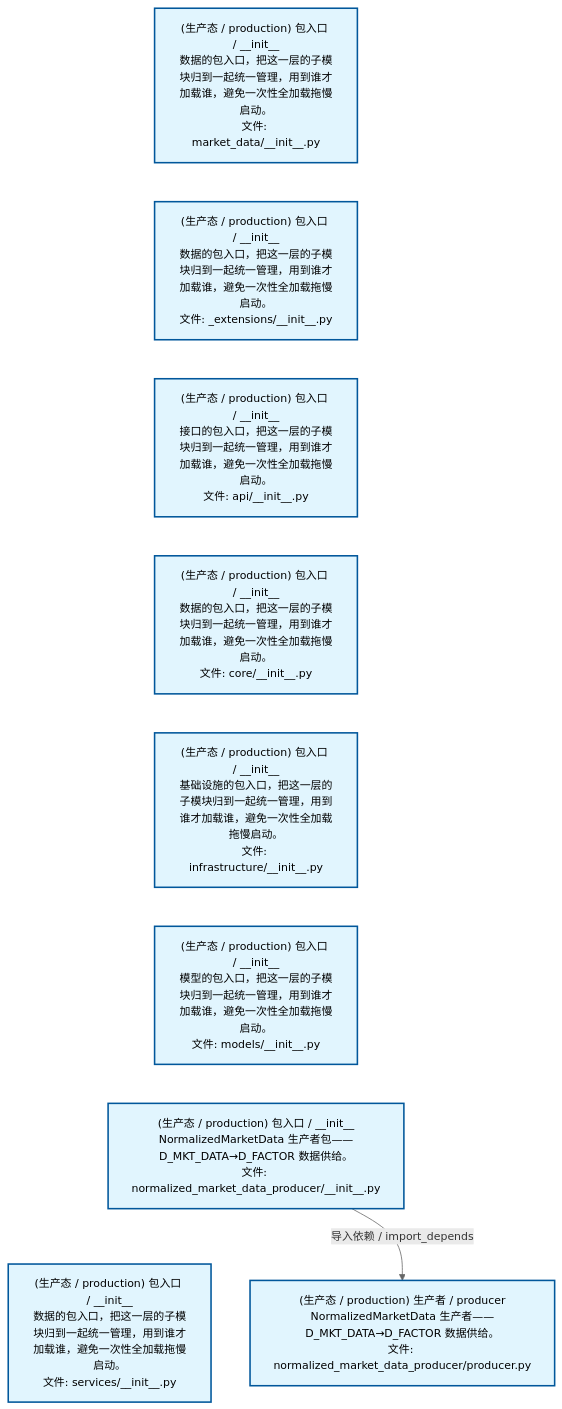
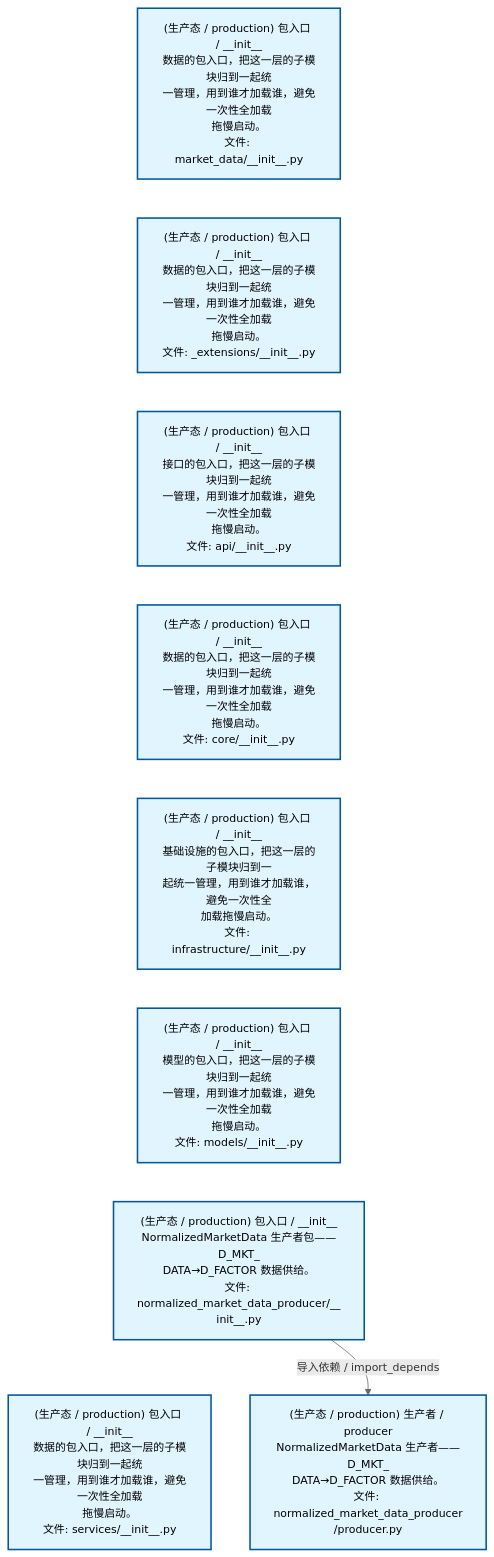
One commit to xuanFelixVan/ZephyrAlpha changed the second of 4 diagrams in docs/02_enterprise_architecture/02_domain_architecture_docs/23_d_mkt_data.md. Above: the diagram before and after it, drawn with Mermaid. The commit also changed other lines of this file and 59 other files, not shown here.

````diff
--- a/docs/02_enterprise_architecture/02_domain_architecture_docs/23_d_mkt_data.md
+++ b/docs/02_enterprise_architecture/02_domain_architecture_docs/23_d_mkt_data.md
@@ -112,26 +112,26 @@
 ```mermaid
 %%{init: {'theme': 'base', 'themeVariables': {'primaryColor': '#eaeaea', 'primaryTextColor': '#333333', 'primaryBorderColor': '#666666', 'lineColor': '#666666', 'secondaryColor': '#eaeaea', 'tertiaryColor': '#eaeaea', 'fontSize': '14px'}}}%%
 flowchart TD
-    src_zephyr_market_data_init_py["(生产态 / production) 包入口 / __init__<br/>数据的包入口，把这一层的子模块归到一起统一管理，用到谁才加载谁，避免一次性全加载拖慢启动。<br/>文件: market_data/__init__.py"]
-    src_zephyr_market_data_extensions_init_py["(生产态 / production) 包入口 / __init__<br/>数据的包入口，把这一层的子模块归到一起统一管理，用到谁才加载谁，避免一次性全加载拖慢启动。<br/>文件: _extensions/__init__.py"]
-    src_zephyr_market_data_api_init_py["(生产态 / production) 包入口 / __init__<br/>接口的包入口，把这一层的子模块归到一起统一管理，用到谁才加载谁，避免一次性全加载拖慢启动。<br/>文件: api/__init__.py"]
-    src_zephyr_market_data_core_init_py["(生产态 / production) 包入口 / __init__<br/>数据的包入口，把这一层的子模块归到一起统一管理，用到谁才加载谁，避免一次性全加载拖慢启动。<br/>文件: core/__init__.py"]
-    src_zephyr_market_data_infrastructure_init_py["(生产态 / production) 包入口 / __init__<br/>基础设施的包入口，把这一层的子模块归到一起统一管理，用到谁才加载谁，避免一次性全加载拖慢启动。<br/>文件: infrastructure/__init__.py"]
-    src_zephyr_market_data_models_init_py["(生产态 / production) 包入口 / __init__<br/>模型的包入口，把这一层的子模块归到一起统一管理，用到谁才加载谁，避免一次性全加载拖慢启动。<br/>文件: models/__init__.py"]
-    src_zephyr_market_data_normalized_market_data_producer_init_py["(生产态 / production) 包入口 / __init__<br/>NormalizedMarketData 生产者包——D_MKT_DATA→D_FACTOR 数据供给。<br/>文件: normalized_market_data_producer/__init__.py"]
-    src_zephyr_market_data_services_init_py["(生产态 / production) 包入口 / __init__<br/>数据的包入口，把这一层的子模块归到一起统一管理，用到谁才加载谁，避免一次性全加载拖慢启动。<br/>文件: services/__init__.py"]
+    src_zephyr_market_data_init_py["(生产态 / production) 包入口 / __init__<br/>数据的包入口，把这一层的子模块归到一起统<br/>一管理，用到谁才加载谁，避免一次性全加载<br/>拖慢启动。<br/>文件: market_data/__init__.py"]
+    src_zephyr_market_data_extensions_init_py["(生产态 / production) 包入口 / __init__<br/>数据的包入口，把这一层的子模块归到一起统<br/>一管理，用到谁才加载谁，避免一次性全加载<br/>拖慢启动。<br/>文件: _extensions/__init__.py"]
+    src_zephyr_market_data_api_init_py["(生产态 / production) 包入口 / __init__<br/>接口的包入口，把这一层的子模块归到一起统<br/>一管理，用到谁才加载谁，避免一次性全加载<br/>拖慢启动。<br/>文件: api/__init__.py"]
+    src_zephyr_market_data_core_init_py["(生产态 / production) 包入口 / __init__<br/>数据的包入口，把这一层的子模块归到一起统<br/>一管理，用到谁才加载谁，避免一次性全加载<br/>拖慢启动。<br/>文件: core/__init__.py"]
+    src_zephyr_market_data_infrastructure_init_py["(生产态 / production) 包入口 / __init__<br/>基础设施的包入口，把这一层的子模块归到一<br/>起统一管理，用到谁才加载谁，避免一次性全<br/>加载拖慢启动。<br/>文件: infrastructure/__init__.py"]
+    src_zephyr_market_data_models_init_py["(生产态 / production) 包入口 / __init__<br/>模型的包入口，把这一层的子模块归到一起统<br/>一管理，用到谁才加载谁，避免一次性全加载<br/>拖慢启动。<br/>文件: models/__init__.py"]
+    src_zephyr_market_data_normalized_market_data_producer_init_py["(生产态 / production) 包入口 / __init__<br/>NormalizedMarketData 生产者包——D_MKT_<br/>DATA→D_FACTOR 数据供给。<br/>文件: normalized_market_data_producer/__<br/>init__.py"]
+    src_zephyr_market_data_services_init_py["(生产态 / production) 包入口 / __init__<br/>数据的包入口，把这一层的子模块归到一起统<br/>一管理，用到谁才加载谁，避免一次性全加载<br/>拖慢启动。<br/>文件: services/__init__.py"]
     src_zephyr_market_data_init_py ~~~ src_zephyr_market_data_extensions_init_py
     src_zephyr_market_data_extensions_init_py ~~~ src_zephyr_market_data_api_init_py
     src_zephyr_market_data_api_init_py ~~~ src_zephyr_market_data_core_init_py
     src_zephyr_market_data_core_init_py ~~~ src_zephyr_market_data_infrastructure_init_py
     src_zephyr_market_data_infrastructure_init_py ~~~ src_zephyr_market_data_models_init_py
     src_zephyr_market_data_models_init_py ~~~ src_zephyr_market_data_normalized_market_data_producer_init_py
     src_zephyr_market_data_normalized_market_data_producer_init_py ~~~ src_zephyr_market_data_services_init_py
-    src_zephyr_market_data_normalized_market_data_producer_producer_py["(生产态 / production) 生产者 / producer<br/>NormalizedMarketData 生产者——D_MKT_DATA→D_FACTOR 数据供给。<br/>文件: normalized_market_data_producer/producer.py"]
+    src_zephyr_market_data_normalized_market_data_producer_producer_py["(生产态 / production) 生产者 / producer<br/>NormalizedMarketData 生产者——D_MKT_<br/>DATA→D_FACTOR 数据供给。<br/>文件: normalized_market_data_producer<br/>/producer.py"]
     src_zephyr_market_data_normalized_market_data_producer_init_py -->|导入依赖 / import_depends| src_zephyr_market_data_normalized_market_data_producer_producer_py
     classDef production fill:#e1f5fe,stroke:#01579b,stroke-width:2px,color:#000
     classDef design fill:#fff3e0,stroke:#e65100,stroke-width:2px,color:#000,stroke-dasharray: 5 5
     classDef external_prod fill:#e8f4fd,stroke:#0277bd,stroke-width:1px,color:#000
     classDef external_design fill:#fff8e7,stroke:#ef6c00,stroke-width:1px,color:#000,stroke-dasharray: 5 5
     class src_zephyr_market_data_init_py,src_zephyr_market_data_extensions_init_py,src_zephyr_market_data_api_init_py,src_zephyr_market_data_core_init_py,src_zephyr_market_data_infrastructure_init_py,src_zephyr_market_data_models_init_py,src_zephyr_market_data_normalized_market_data_producer_init_py,src_zephyr_market_data_normalized_market_data_producer_producer_py,src_zephyr_market_data_services_init_py production
 ```
````
